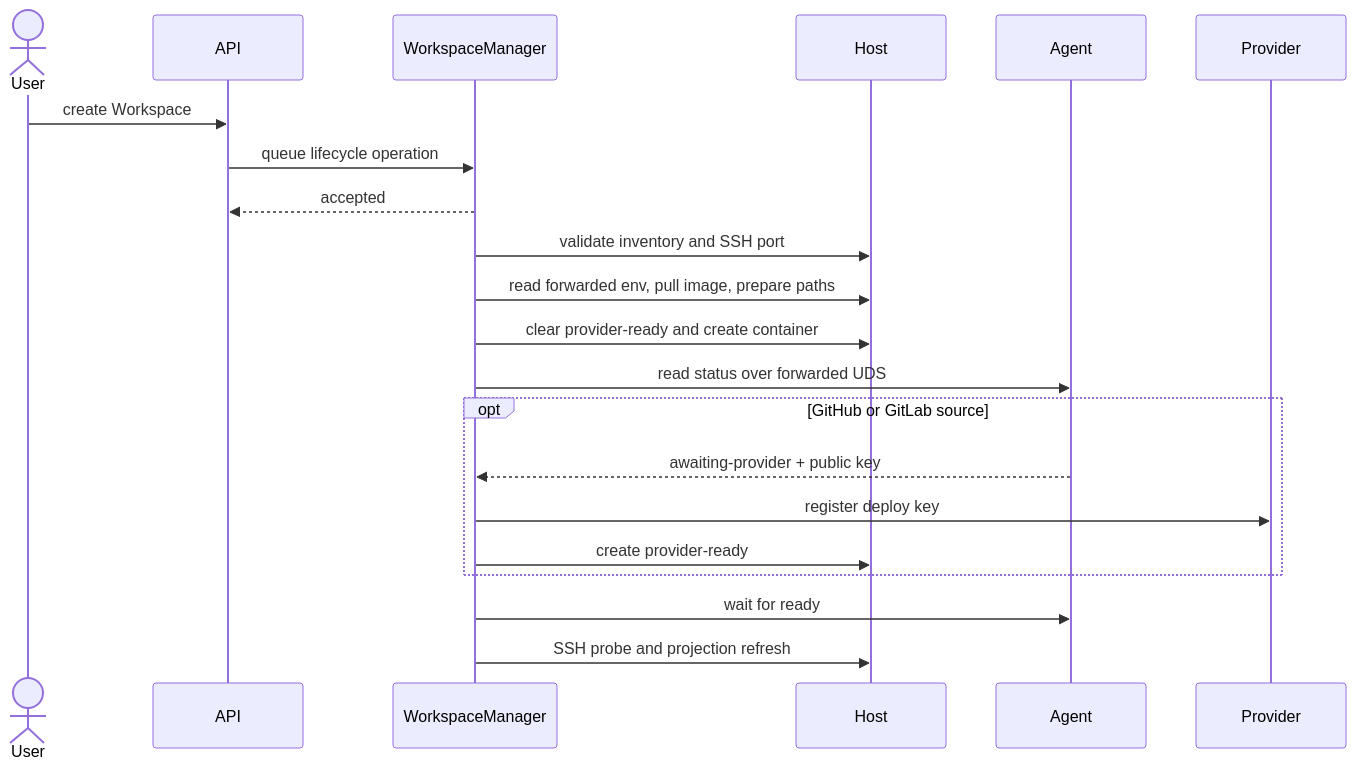
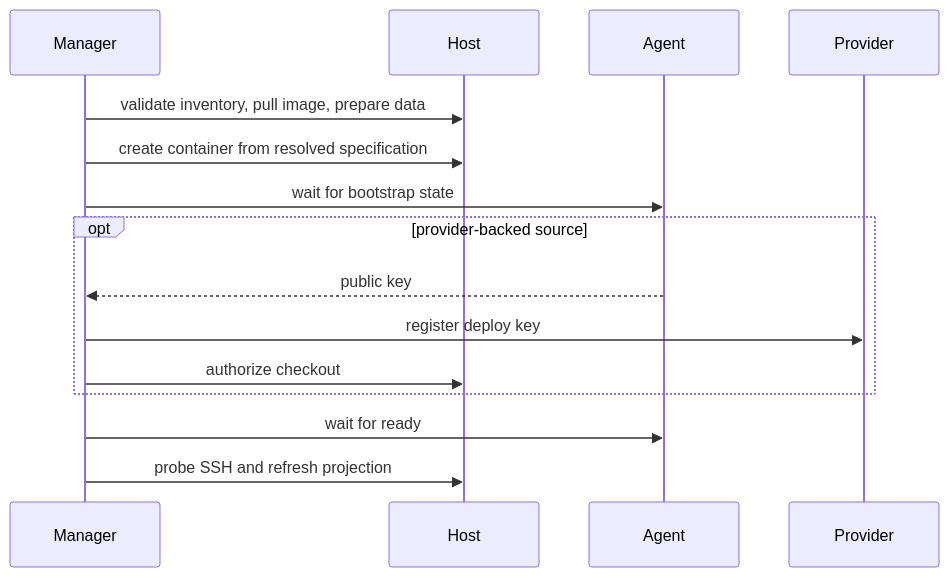
One commit to curoky/codespace changed the third of 3 diagrams in src/codespace/DESIGN.md. Above: the diagram before and after it, drawn with Mermaid. The commit also changed other lines of this file and 16 other files, not shown here.

````diff
--- a/src/codespace/DESIGN.md
+++ b/src/codespace/DESIGN.md
@@ -155,24 +93,18 @@
 ```mermaid
 sequenceDiagram
-    actor User
-    participant API
-    participant Manager as WorkspaceManager
+    participant Manager
     participant Host
     participant Agent
     participant Provider
 
-    User->>API: create Workspace
-    API->>Manager: queue lifecycle operation
-    Manager-->>API: accepted
-    Manager->>Host: validate inventory and SSH port
-    Manager->>Host: read forwarded env, pull image, prepare paths
-    Manager->>Host: clear provider-ready and create container
-    Manager->>Agent: read status over forwarded UDS
-    opt GitHub or GitLab source
-        Agent-->>Manager: awaiting-provider + public key
+    Manager->>Host: validate inventory, pull image, prepare data
+    Manager->>Host: create container from resolved specification
+    Manager->>Agent: wait for bootstrap state
+    opt provider-backed source
+        Agent-->>Manager: public key
         Manager->>Provider: register deploy key
-        Manager->>Host: create provider-ready
+        Manager->>Host: authorize checkout
     end
     Manager->>Agent: wait for ready
-    Manager->>Host: SSH probe and projection refresh
+    Manager->>Host: probe SSH and refresh projection
 ```
````
